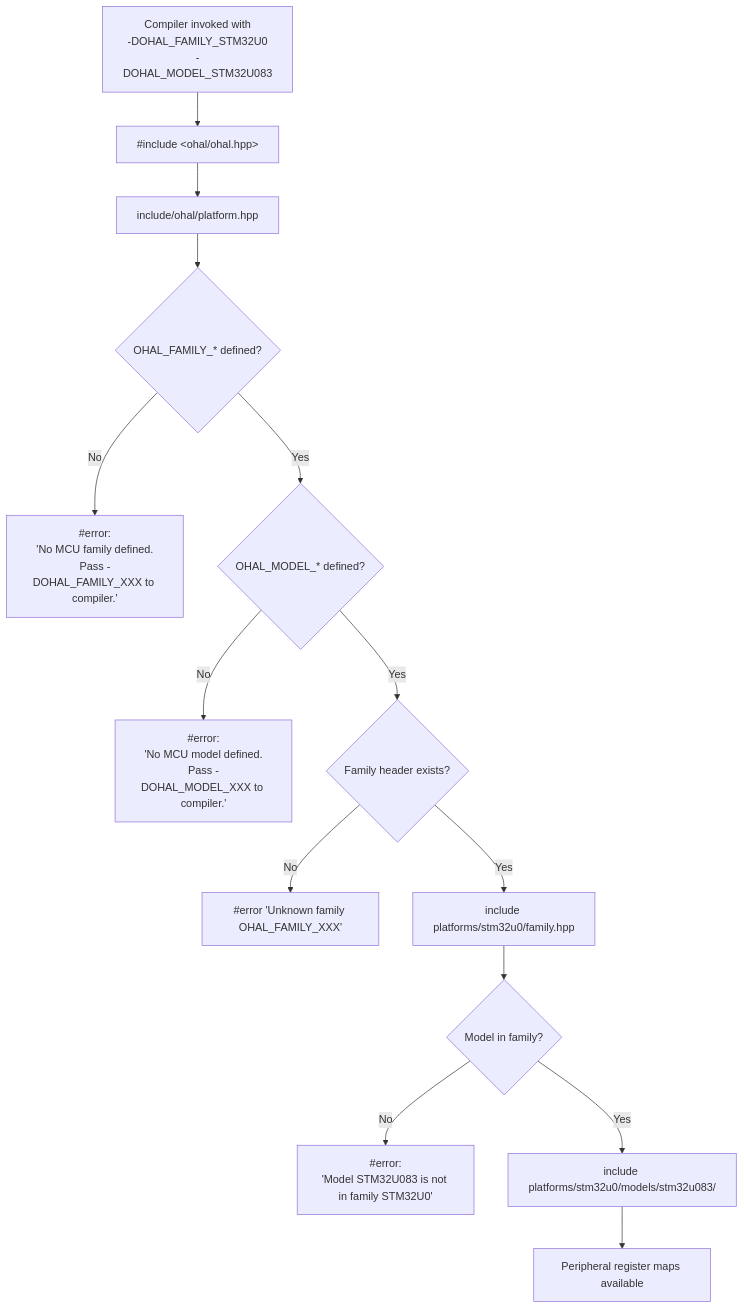
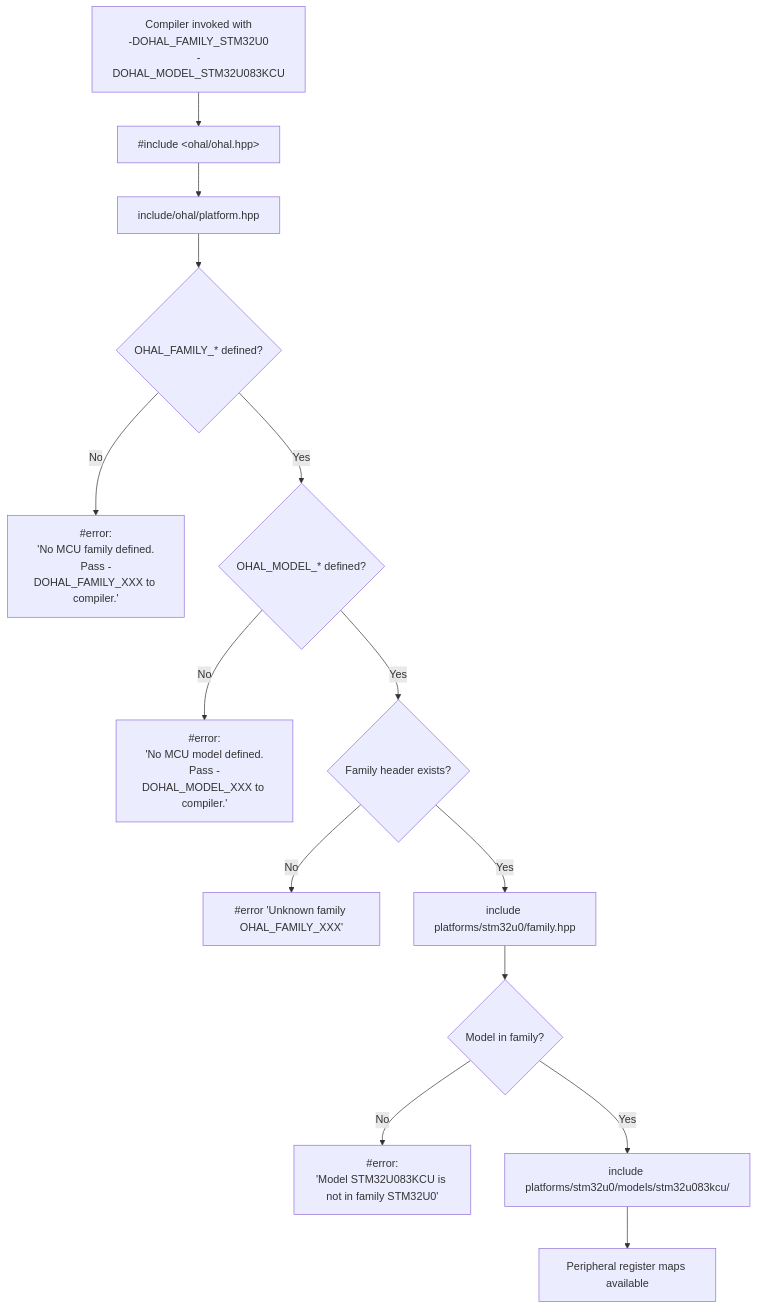
The third of 13 diagrams in docs/plan.md (grahame-org/ohal), drawn with Mermaid before and after one commit. The commit also changed other lines of this file and 29 other files, not shown here.

Commit message:
feat(stm32u083cc): added stm32u083cci and stm32u083cct models (#27)

````diff
--- a/docs/plan.md
+++ b/docs/plan.md
@@ -213,16 +213,16 @@
 ```mermaid
 flowchart TD
-    A["Compiler invoked with<br/>-DOHAL_FAMILY_STM32U0<br/>-DOHAL_MODEL_STM32U083"] --> B["#include &lt;ohal/ohal.hpp&gt;"]
+    A["Compiler invoked with<br/>-DOHAL_FAMILY_STM32U0<br/>-DOHAL_MODEL_STM32U083KCU"] --> B["#include &lt;ohal/ohal.hpp&gt;"]
     B --> C["include/ohal/platform.hpp"]
     C --> D{OHAL_FAMILY_* defined?}
     D -- No --> E["#error:<br/>'No MCU family defined.<br/>Pass -DOHAL_FAMILY_XXX to compiler.'"]
     D -- Yes --> F{OHAL_MODEL_* defined?}
     F -- No --> G["#error:<br/>'No MCU model defined.<br/>Pass -DOHAL_MODEL_XXX to compiler.'"]
     F -- Yes --> H{Family header exists?}
     H -- No --> I["#error 'Unknown family OHAL_FAMILY_XXX'"]
     H -- Yes --> J["include platforms/stm32u0/family.hpp"]
     J --> K{Model in family?}
-    K -- No --> L["#error:<br/>'Model STM32U083 is not in family STM32U0'"]
-    K -- Yes --> M["include platforms/stm32u0/models/stm32u083/"]
+    K -- No --> L["#error:<br/>'Model STM32U083KCU is not in family STM32U0'"]
+    K -- Yes --> M["include platforms/stm32u0/models/stm32u083kcu/"]
     M --> N["Peripheral register maps available"]
 ```
````
